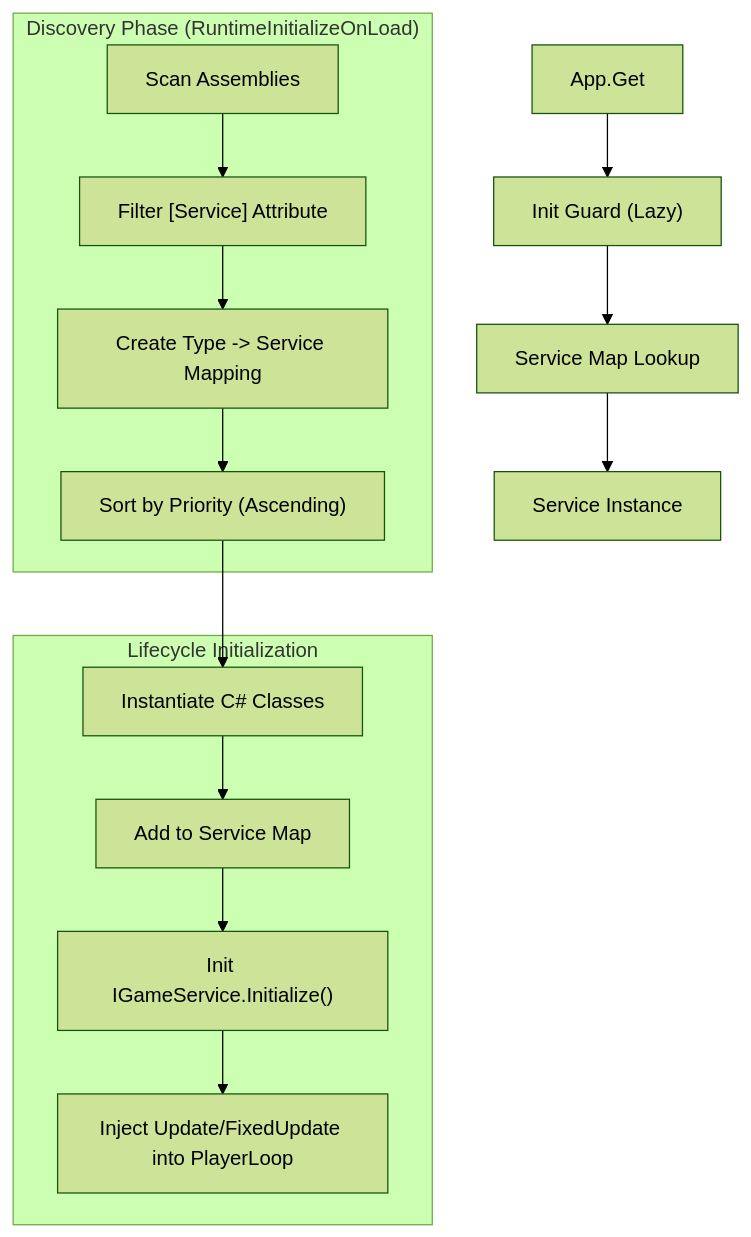
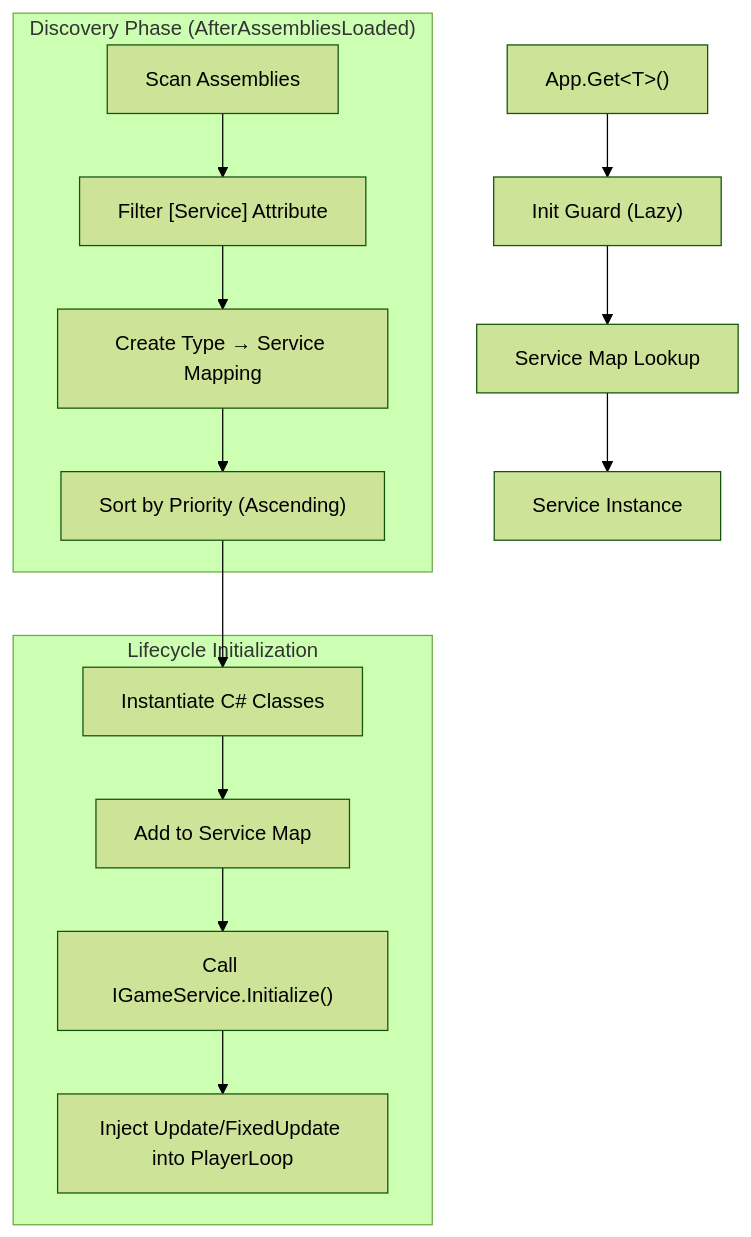
Before and after one commit to eraflo/Catalyst: the first of 2 diagrams in Documentation~/Core/ServiceLocator.md, drawn with Mermaid (forest theme). The commit also changed other lines of this file, not shown here.

Commit message:
docs: update service locator doc

````diff
--- a/Documentation~/Core/ServiceLocator.md
+++ b/Documentation~/Core/ServiceLocator.md
@@ -17,19 +35,19 @@
 ```mermaid
 flowchart TD
-    subgraph Discovery ["Discovery Phase (RuntimeInitializeOnLoad)"]
+    subgraph Discovery["Discovery Phase (AfterAssembliesLoaded)"]
         Scan[Scan Assemblies] --> Find["Filter [Service] Attribute"]
-        Find --> Map["Create Type -> Service Mapping"]
+        Find --> Map["Create Type → Service Mapping"]
         Map --> Sort["Sort by Priority (Ascending)"]
     end
     
-    subgraph Lifecycle ["Lifecycle Initialization"]
+    subgraph Lifecycle["Lifecycle Initialization"]
         Sort --> Instantiate[Instantiate C# Classes]
         Instantiate --> Register[Add to Service Map]
-        Register --> Init["Init IGameService.Initialize()"]
+        Register --> Init["Call IGameService.Initialize()"]
         Init --> PL["Inject Update/FixedUpdate into PlayerLoop"]
     end
 
-    App[App.Get] --> Guard["Init Guard (Lazy)"]
+    App["App.Get&lt;T&gt;()"] --> Guard["Init Guard (Lazy)"]
     Guard --> Get["Service Map Lookup"]
     Get --> S[Service Instance]
 ```
````
